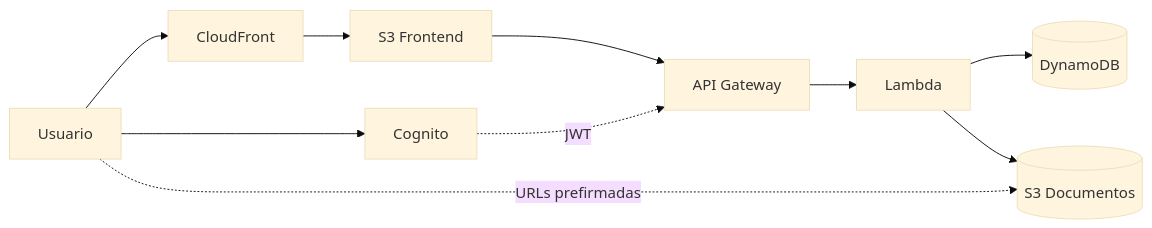
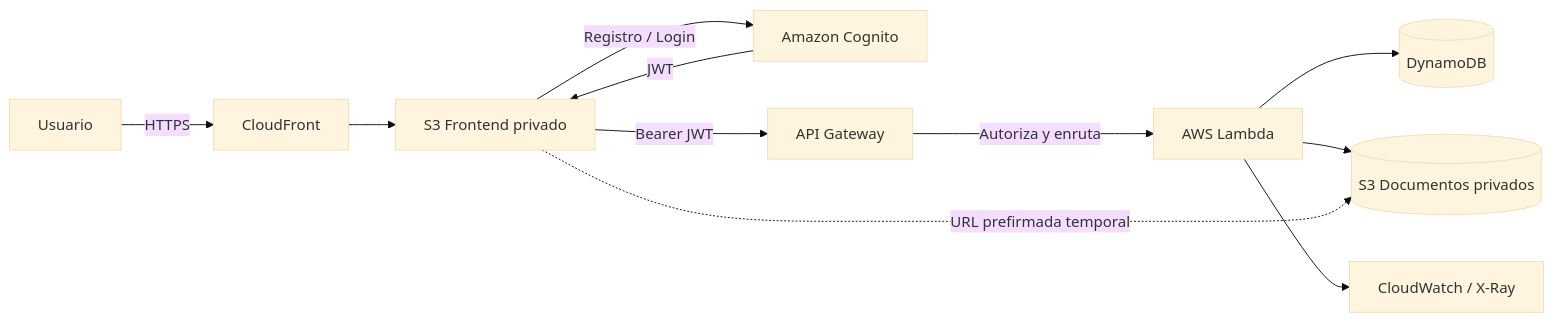
The diagram in README.md (TCardoR/cloudsecure-docs), drawn with Mermaid (base theme) before and after one commit. The commit also changed other lines of this file, not shown here.

Commit message:
docs: improve README with CI, architecture and cost guidance

````diff
--- a/README.md
+++ b/README.md
@@ -35,12 +37,17 @@
 ```mermaid
 flowchart LR
-    U[Usuario] --> CF[CloudFront]
-    CF --> FE[S3 Frontend]
-    U --> C[Cognito]
-    FE --> API[API Gateway]
-    C -. JWT .-> API
-    API --> L[Lambda]
+    U[Usuario] -->|HTTPS| CF[CloudFront]
+    CF --> FE[S3 Frontend privado]
+
+    FE -->|Registro / Login| C[Amazon Cognito]
+    C -->|JWT| FE
+
+    FE -->|Bearer JWT| API[API Gateway]
+    API -->|Autoriza y enruta| L[AWS Lambda]
+
     L --> D[(DynamoDB)]
-    L --> S[(S3 Documentos)]
-    U -. URLs prefirmadas .-> S
+    L --> S[(S3 Documentos privados)]
+    L --> CW[CloudWatch / X-Ray]
+
+    FE -. URL prefirmada temporal .-> S
 ```
````
